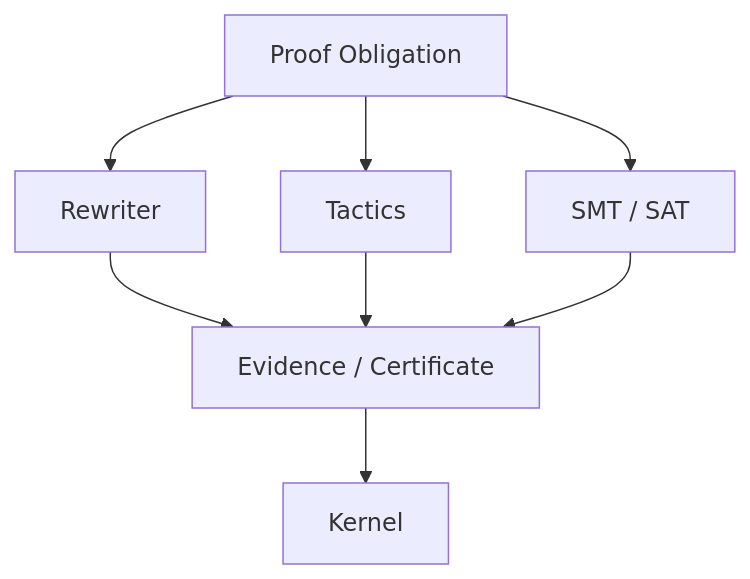
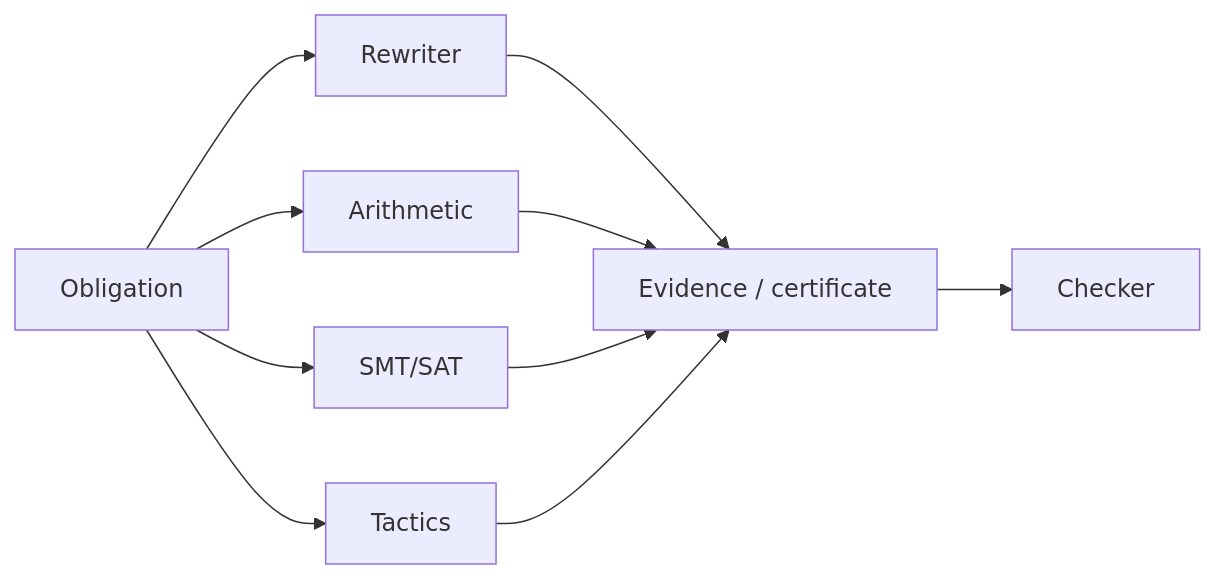
Before and after one commit to MattCCC/cppl: the third of 6 diagrams in docs/ARCHITECTURE.md, drawn with Mermaid. The commit also changed other lines of this file, not shown here.

Commit message:
docs: Update architecture doc

````diff
--- a/docs/ARCHITECTURE.md
+++ b/docs/ARCHITECTURE.md
@@ -877,19 +1825,20 @@
 ```mermaid
-flowchart TD
-    O["Proof Obligation"]
+flowchart LR
+    O["Obligation"]
     R["Rewriter"]
+    A["Arithmetic"]
+    S["SMT/SAT"]
     T["Tactics"]
-    S["SMT / SAT"]
-    E["Evidence / Certificate"]
-    K["Kernel"]
+    E["Evidence / certificate"]
+    K["Checker"]
 
     O --> R
+    O --> A
+    O --> S
     O --> T
-    O --> S
-
     R --> E
+    A --> E
+    S --> E
     T --> E
-    S --> E
-
     E --> K
 ```
````
